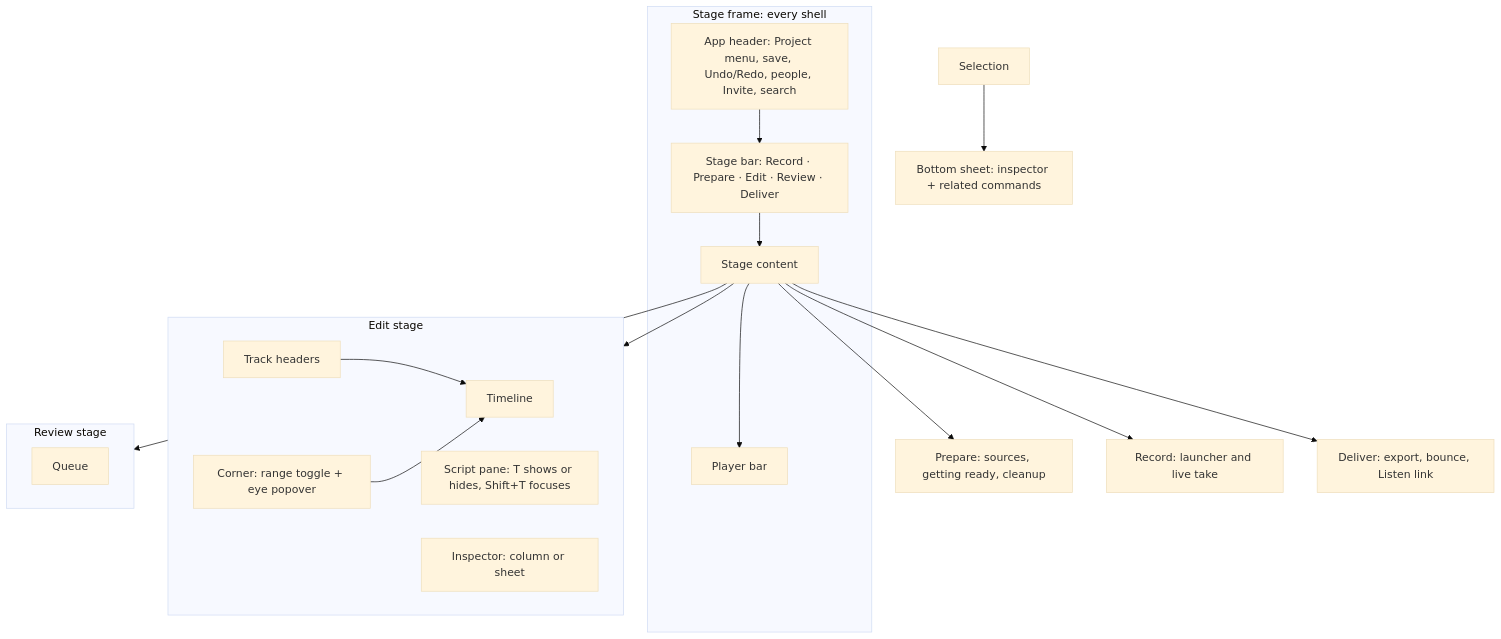
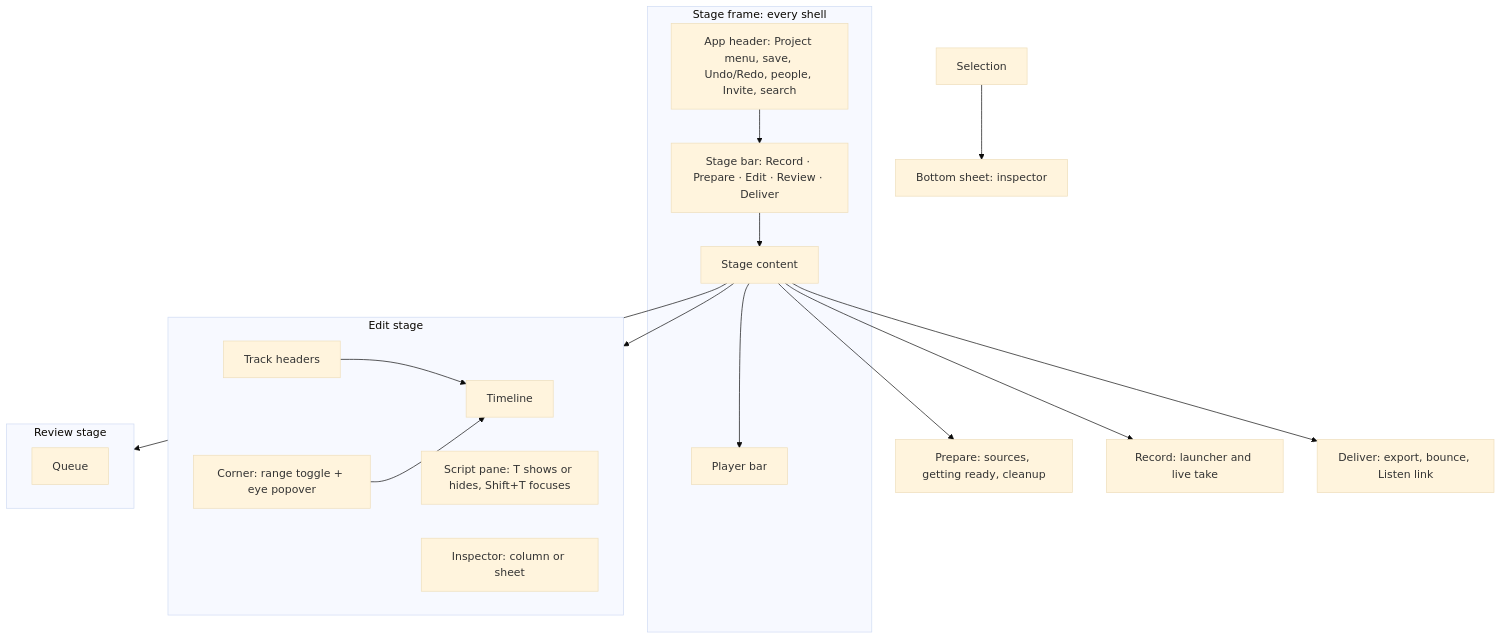
Before and after one commit to calebn/sharecut-studio: the diagram in ux/pages/screens/information-architecture.md, drawn with Mermaid (base theme). The commit also changed 26 other files, not shown here.

First line of the commit message:
refactor(inspector): delete RelatedCommands

````diff
--- a/ux/pages/screens/information-architecture.md
+++ b/ux/pages/screens/information-architecture.md
@@ -3,28 +3,28 @@
 ```mermaid
 flowchart TB
   subgraph frame [Stage frame: every shell]
     HD[App header: Project menu, save, Undo/Redo, people, Invite, search]
     SB[Stage bar: Record · Prepare · Edit · Review · Deliver]
     ST[Stage content]
     PL[Player bar]
     HD --> SB --> ST --> PL
   end
 
   subgraph edit [Edit stage]
     TH[Track headers] --> TIM[Timeline]
     CORNER[Corner: range toggle + eye popover] --> TIM
     SC[Script pane: T shows or hides, Shift+T focuses]
     INS[Inspector: column or sheet]
   end
 
   subgraph review [Review stage]
     RV[Queue]
   end
 
   ST --> edit
   ST --> review
   ST --> PREP[Prepare: sources, getting ready, cleanup]
   ST --> REC[Record: launcher and live take]
   ST --> DEL[Deliver: export, bounce, Listen link]
-  SEL[Selection] --> BS[Bottom sheet: inspector + related commands]
+  SEL[Selection] --> BS[Bottom sheet: inspector]
 ```
````
